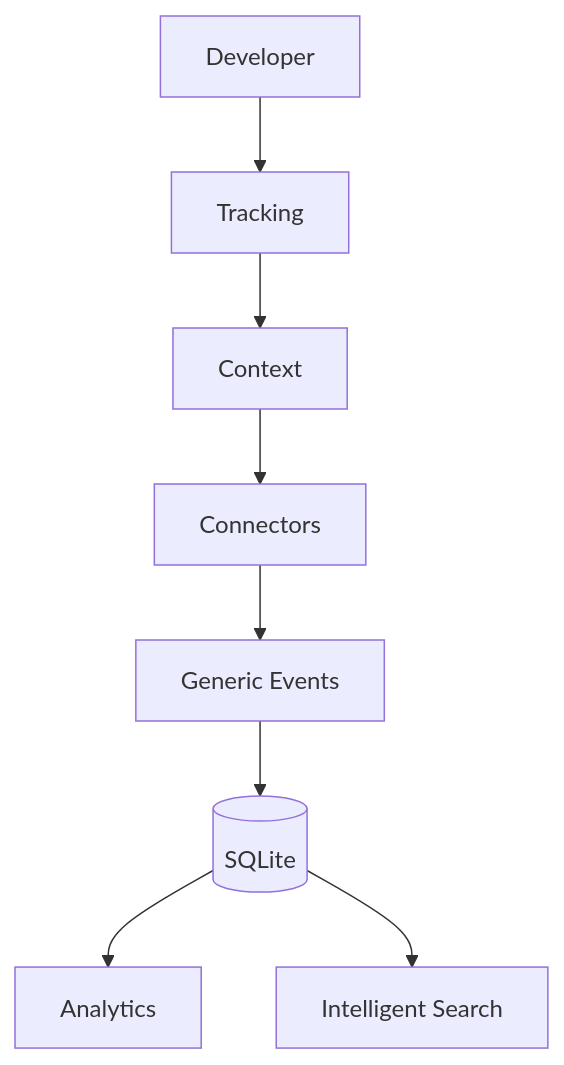
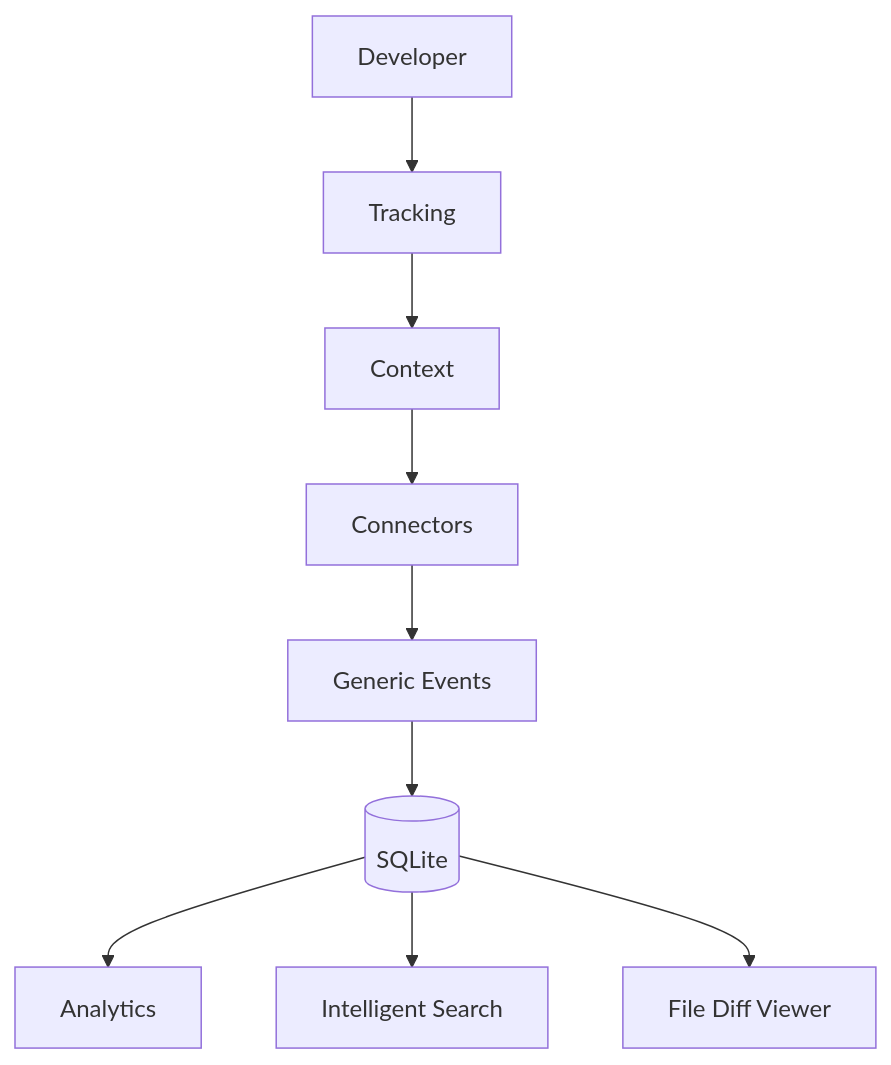
The diagram in README.md (Sanjayram710/prometra), drawn with Mermaid before and after one commit. The commit also changed other lines of this file and 10 other files, not shown here.

Commit message:
Release v1.8.0 File Diff Viewer

````diff
--- a/README.md
+++ b/README.md
@@ -72,10 +73,11 @@
 ```mermaid
 flowchart TD
     Dev[Developer] --> CLI[Tracking]
     CLI --> SM[Context]
     SM --> TE[Connectors]
     TE --> EventM[Generic Events]
     EventM --> DB[(SQLite)]
     DB --> Analytics[Analytics]
     DB --> Search[Intelligent Search]
+    DB --> Diff[File Diff Viewer]
 ```
````
